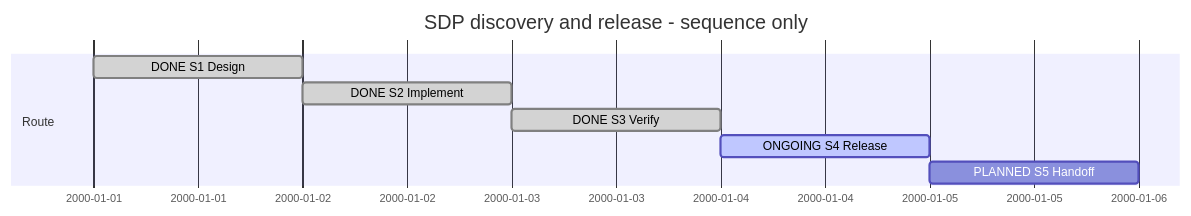
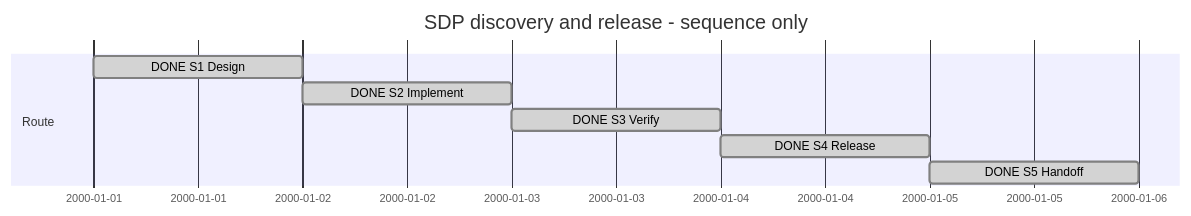
Before and after one commit to Hans-Einar/SDP: the diagram in SDP/Sessions/session-#0003--SDP_discovery_and_release.md, drawn with Mermaid. The commit also changed other lines of this file and 7 other files, not shown here.

````diff
--- a/SDP/Sessions/session-#0003--SDP_discovery_and_release.md
+++ b/SDP/Sessions/session-#0003--SDP_discovery_and_release.md
@@ -8,11 +8,11 @@
 ```mermaid
 gantt
     title SDP discovery and release - sequence only
     dateFormat YYYY-MM-DD
     section Route
     DONE S1 Design :done,s1,2000-01-01,1d
     DONE S2 Implement :done,s2,after s1,1d
     DONE S3 Verify :done,s3,after s2,1d
-    ONGOING S4 Release :active,s4,after s3,1d
-    PLANNED S5 Handoff :s5,after s4,1d
+    DONE S4 Release :done,s4,after s3,1d
+    DONE S5 Handoff :done,s5,after s4,1d
 ```
````
